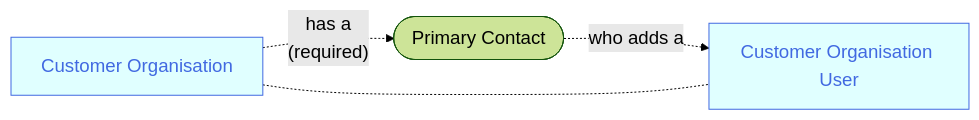
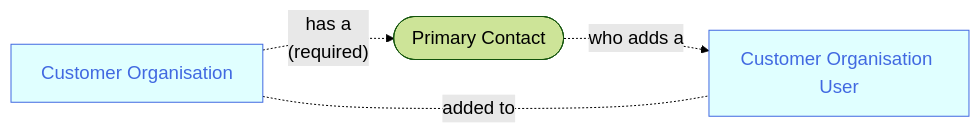
One commit to joe-dorward/samples changed the diagram in 2025_Sage/04_Scenario - User to Customer.mdx. Above: the diagram before and after it, drawn with Mermaid.

Commit message:
Update 04_Scenario - User to Customer.mdx

````diff
--- a/2025_Sage/04_Scenario - User to Customer.mdx
+++ b/2025_Sage/04_Scenario - User to Customer.mdx
@@ -6,23 +6,23 @@
 ```mermaid
 %%{
   init: {
     'theme': 'forest',
     'themeVariables': {
       'fontSize':'14pt'
     }
   }
 }%%
 flowchart LR
   classDef Sage fill:seagreen, color:honeydew;
   classDef Noun fill:lightcyan, stroke:royalblue, color:royalblue;
   classDef Note fill:white, stroke:white, text-align:left;
 
   CUSTOMER_ORGANISATION_01[Customer Organisation]-.has a<br/>(required).->
   PRIMARY_CONTACT_01([&nbsp;Primary Contact&nbsp;])-.who adds a.->
   CUSTOMER_ORGANISATION_USER_01[Customer Organisation User]
 
-  CUSTOMER_ORGANISATION_01-.-
+  CUSTOMER_ORGANISATION_01-."added to".-
   CUSTOMER_ORGANISATION_USER_01
 
   class CUSTOMER_ORGANISATION_01,CUSTOMER_ORGANISATION_USER_01 Noun
 ```
````
